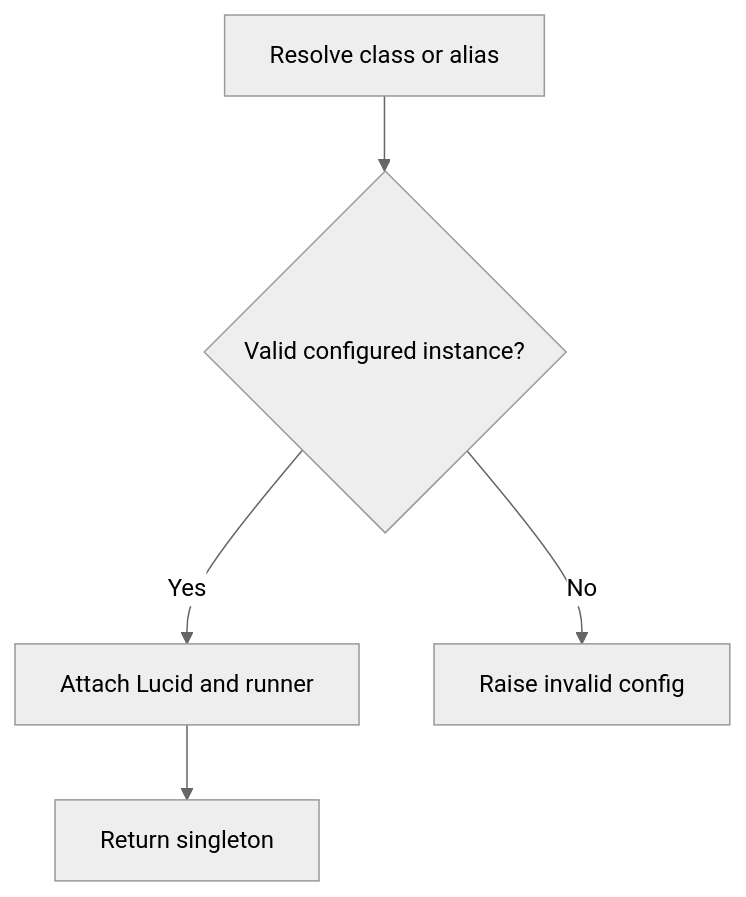
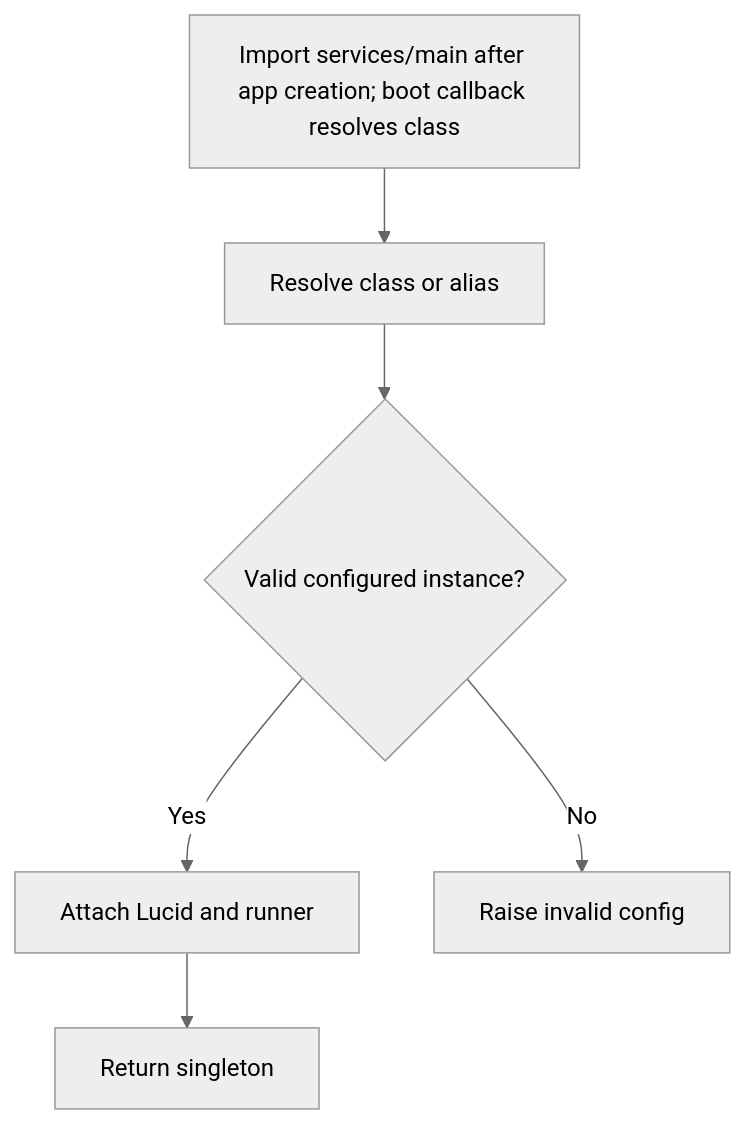
One commit to Kevinjohn/oss-adonisjs-access-control changed the second of 2 diagrams in user-stories/US-ACCESS-31-resolve-provider-service.md. Above: the diagram before and after it, drawn with Mermaid (neutral theme). The commit also changed other lines of this file and 26 other files, not shown here.

Commit message:
docs: verify user story paths and Mermaid flows against implementation

````diff
--- a/user-stories/US-ACCESS-31-resolve-provider-service.md
+++ b/user-stories/US-ACCESS-31-resolve-provider-service.md
@@ -29,7 +30,8 @@
 ```mermaid
 flowchart TD
-    A["Resolve class or alias"] --> B{"Valid configured instance?"}
+    S["Import services/main after app creation; boot callback resolves class"] --> A["Resolve class or alias"]
+    A --> B{"Valid configured instance?"}
     B -->|Yes| C["Attach Lucid and runner"]
     C --> D["Return singleton"]
     B -->|No| E["Raise invalid config"]
 ```
````
